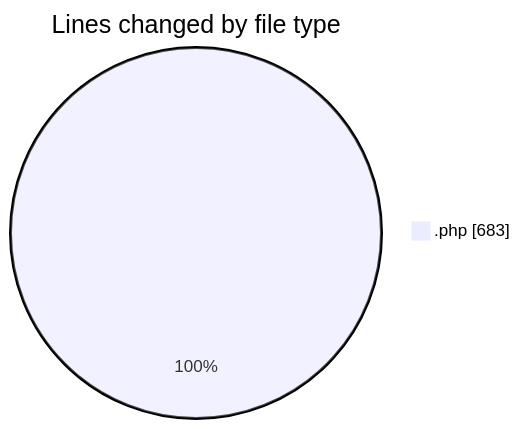
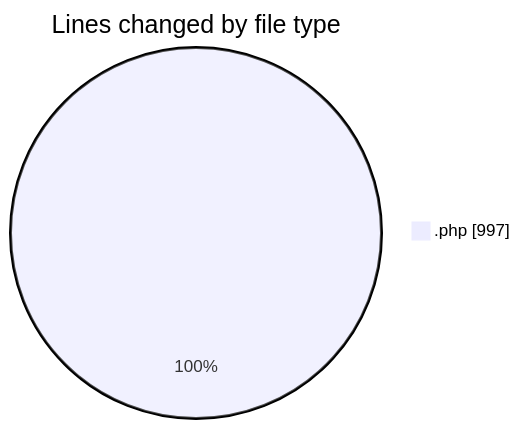
Before and after one commit to LanceThiago/code-tracking: the first of 2 diagrams in 2025-01-02/totem/README.md, drawn with Mermaid. The commit also changed other lines of this file and 1 other file, not shown here.

````diff
--- a/2025-01-02/totem/README.md
+++ b/2025-01-02/totem/README.md
@@ -22,5 +23,5 @@
 ```mermaid
 pie showData
 title Lines changed by file type
-".php" : 683
+".php" : 997
 ```
````
